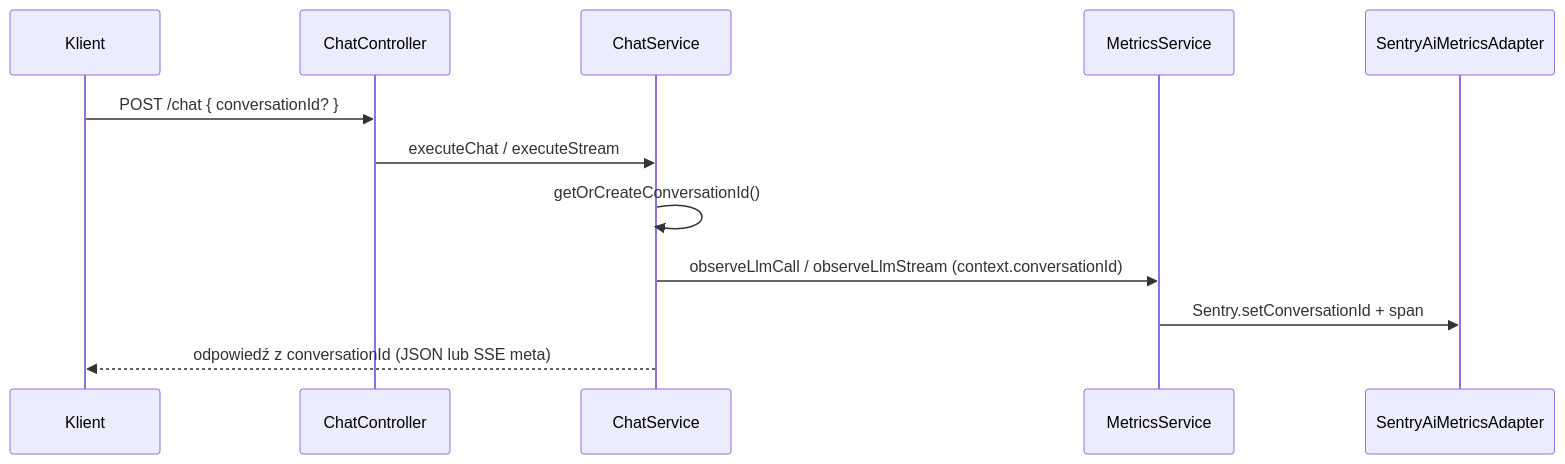
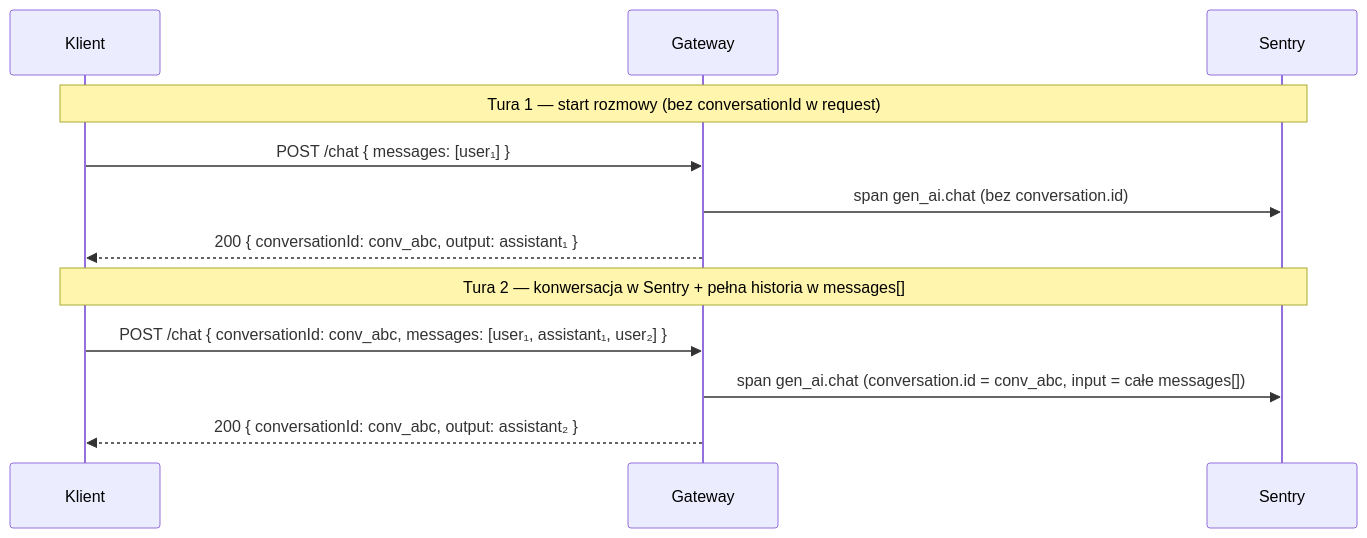
The diagram in docs/conversation-tracking.md (matej2314/ai-provider-gateway), drawn with Mermaid before and after one commit. The commit also changed other lines of this file and 18 other files, not shown here.

````diff
--- a/docs/conversation-tracking.md
+++ b/docs/conversation-tracking.md
@@ -55,15 +38,16 @@
 ```mermaid
 sequenceDiagram
   participant K as Klient
-  participant C as ChatController
-  participant S as ChatService
-  participant M as MetricsService
-  participant Sen as SentryAiMetricsAdapter
+  participant G as Gateway
+  participant S as Sentry
 
-  K->>C: POST /chat { conversationId? }
-  C->>S: executeChat / executeStream
-  S->>S: getOrCreateConversationId()
-  S->>M: observeLlmCall / observeLlmStream (context.conversationId)
-  M->>Sen: Sentry.setConversationId + span
-  S-->>K: odpowiedź z conversationId (JSON lub SSE meta)
+  Note over K,S: Tura 1 — start rozmowy (bez conversationId w request)
+  K->>G: POST /chat { messages: [user₁] }
+  G->>S: span gen_ai.chat (bez conversation.id)
+  G-->>K: 200 { conversationId: conv_abc, output: assistant₁ }
+
+  Note over K,S: Tura 2 — konwersacja w Sentry + pełna historia w messages[]
+  K->>G: POST /chat { conversationId: conv_abc, messages: [user₁, assistant₁, user₂] }
+  G->>S: span gen_ai.chat (conversation.id = conv_abc, input = całe messages[])
+  G-->>K: 200 { conversationId: conv_abc, output: assistant₂ }
 ```
````
